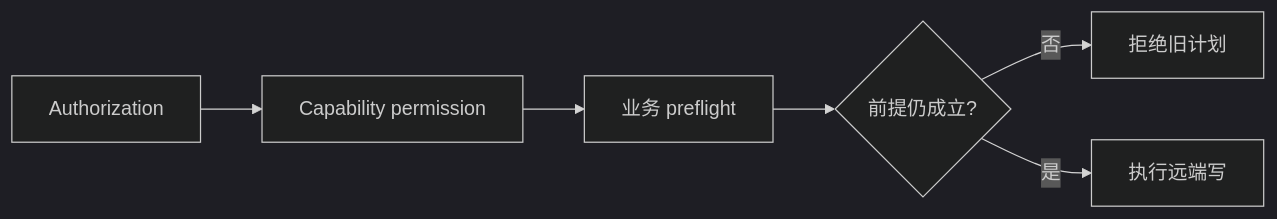
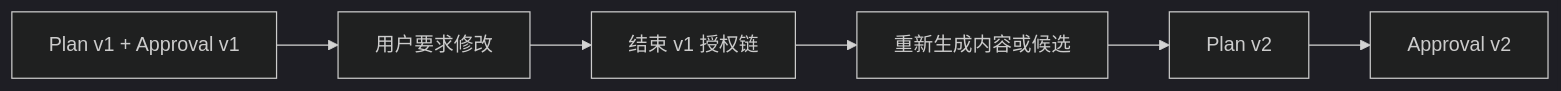
One commit to Arthur999459up/GitAgent changed the eighth of 19 diagrams in docs/08-approval-and-remote-mutations.md. Above: the diagram before and after it, drawn with Mermaid (dark theme). The commit also changed other lines of this file and 3 other files, not shown here.

````diff
--- a/docs/08-approval-and-remote-mutations.md
+++ b/docs/08-approval-and-remote-mutations.md
@@ -141,8 +380,8 @@
 ```mermaid
 flowchart LR
-    A[Authorization] --> P[Capability permission]
-    P --> B[业务 preflight]
-    B --> C{前提仍成立?}
-    C -->|否| R[拒绝旧计划]
-    C -->|是| W[执行远端写]
+    A[Plan v1 + Approval v1] --> U[用户要求修改]
+    U --> X[结束 v1 授权链]
+    X --> B[重新生成内容或候选]
+    B --> C[Plan v2]
+    C --> D[Approval v2]
 ```
````
